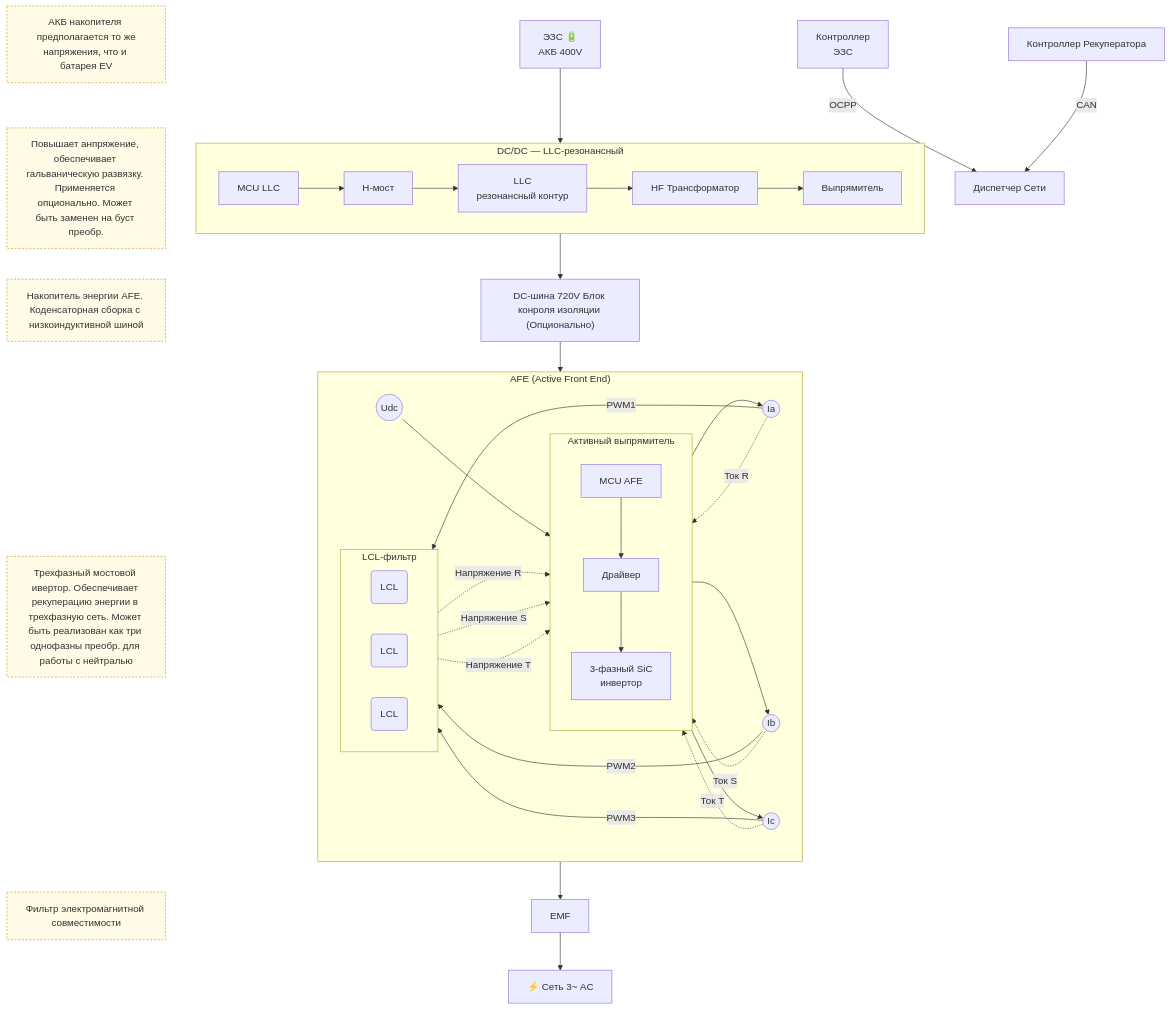
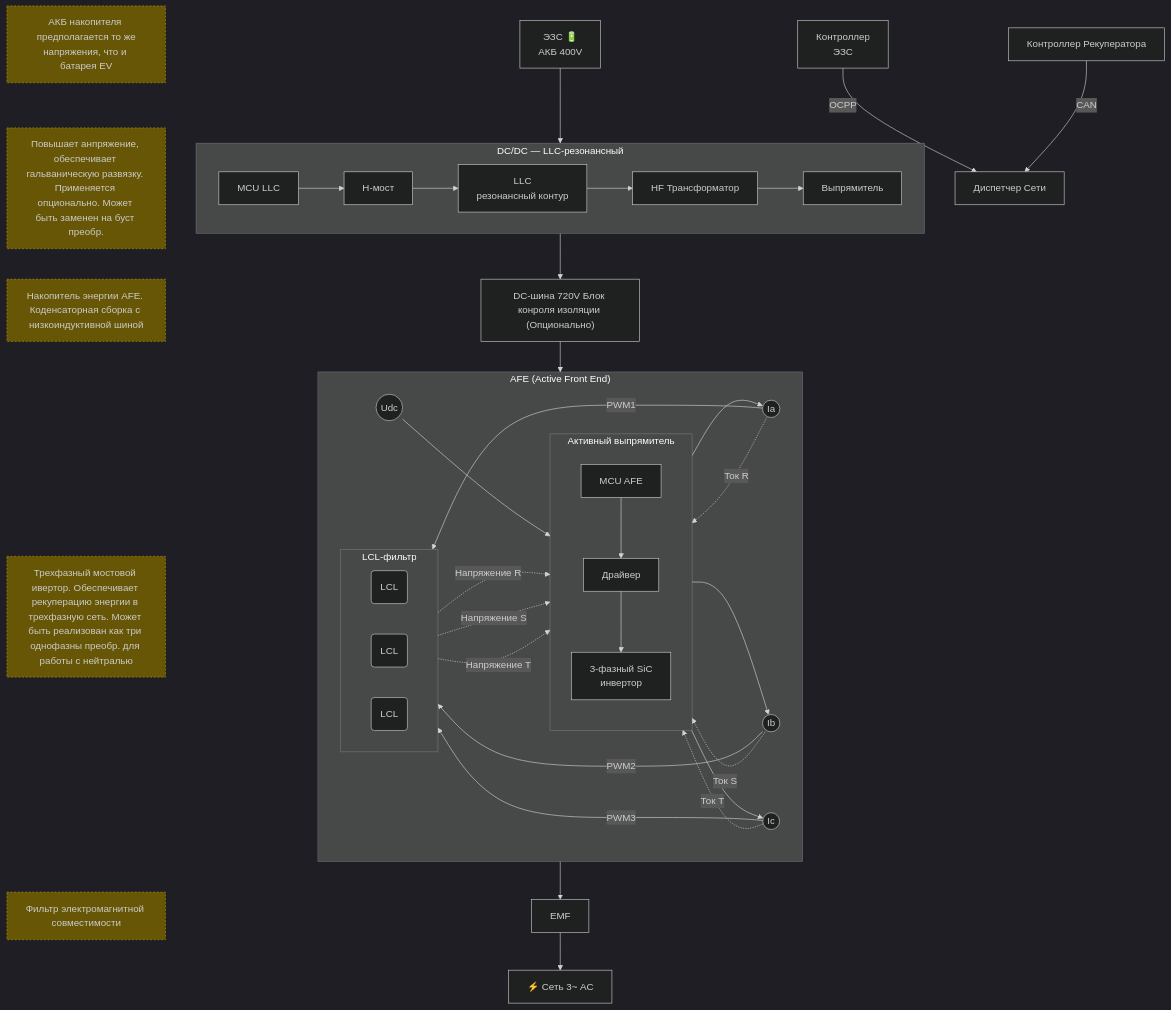
One commit to SergeyTya/wiki changed the diagram in recu.md. Above: the diagram before and after it, drawn with Mermaid. The commit also changed other lines of this file, not shown here.

````diff
--- a/recu.md
+++ b/recu.md
@@ -1,6 +2,9 @@
 ```mermaid
 flowchart TB
-    
+
+    %%{init: {"theme": "dark", "themeVariables": {"darkMode": true}}}%%
+    %%{init: {"themeVariables": {"fontSize": "16px"}}}%%
+
     N1["АКБ накопителя <br/> предполагается то же напряжения, что и батарея EV"]
     N2["Повышает анпряжение, обеспечивает гальваническую развязку. Применяется опционально. Может быть заменен на буст преобр. "] 
     N3["Накопитель энергии AFE. Коденсаторная сборка с низкоиндуктивной шиной"]
@@ -28,6 +32,7 @@
 
      
     subgraph AFE["AFE (Active Front End) "]
+        %%{init: {"flowchart": {"minNodeWidth": 0, "minNodeHeight": 0}}}%%
         direction LR
         Udc(("Udc")) --> INV
         IA -->|"PWM1"| LCL
@@ -62,7 +67,7 @@
 
     AFE --> EMF--> GRID["⚡ Сеть 3~ AC<br/>"]
 
-    classDef note fill:#fffbe6,stroke:#b7950b,stroke-dasharray: 3 3;
+    classDef note fill: #665605 ,stroke:#b7950b,stroke-dasharray: 3 3;
     class N1 note;
     class N2 note;
     class N3 note;
````
